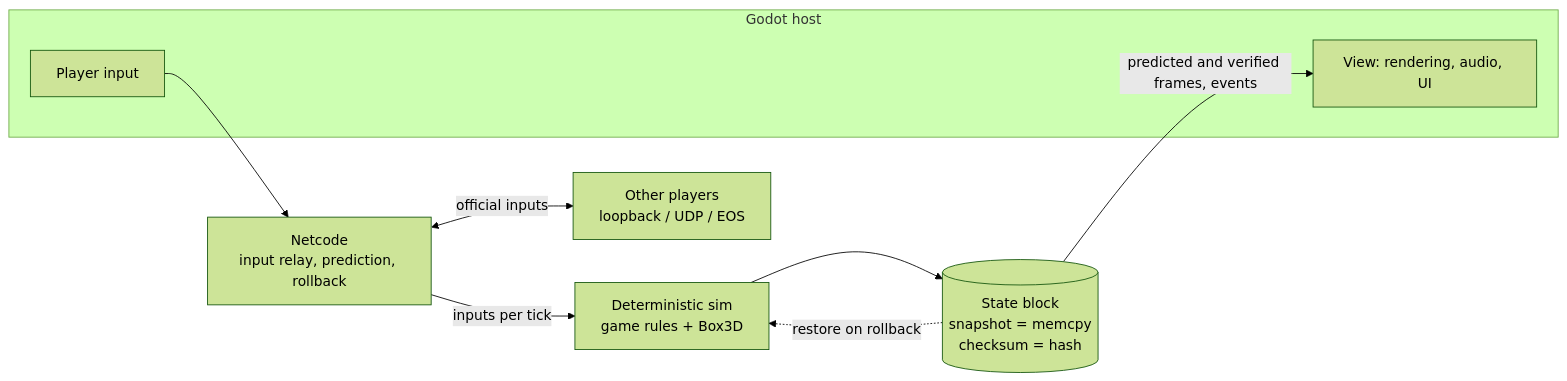
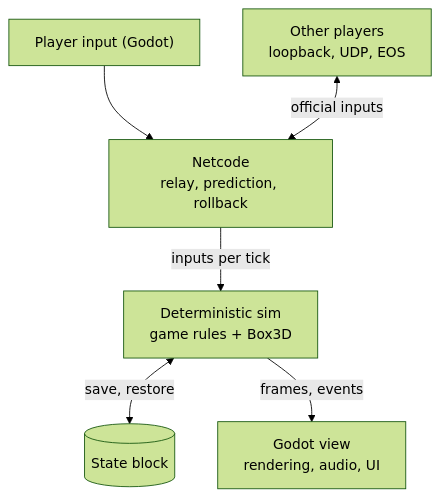
The diagram in README.md (FylmTM/godot-unified), drawn with Mermaid (forest theme) before and after one commit.

Commit message:
README: a compact top-down diagram that fits GitHub's column

````diff
--- a/README.md
+++ b/README.md
@@ -38,13 +38,8 @@
 ```mermaid
-flowchart LR
-    subgraph host["Godot host"]
-        input["Player input"]
-        view["View: rendering, audio, UI"]
-    end
-    input --> netcode["Netcode<br/>input relay, prediction, rollback"]
-    netcode <-->|"official inputs"| peers["Other players<br/>loopback / UDP / EOS"]
+flowchart TD
+    input["Player input (Godot)"] --> netcode["Netcode<br/>relay, prediction, rollback"]
+    peers["Other players<br/>loopback, UDP, EOS"] <-->|"official inputs"| netcode
     netcode -->|"inputs per tick"| sim["Deterministic sim<br/>game rules + Box3D"]
-    sim --> state[("State block<br/>snapshot = memcpy<br/>checksum = hash")]
-    state -.->|"restore on rollback"| sim
-    state -->|"predicted and verified frames, events"| view
+    sim <-->|"save, restore"| state[("State block")]
+    sim -->|"frames, events"| view["Godot view<br/>rendering, audio, UI"]
 ```
````
